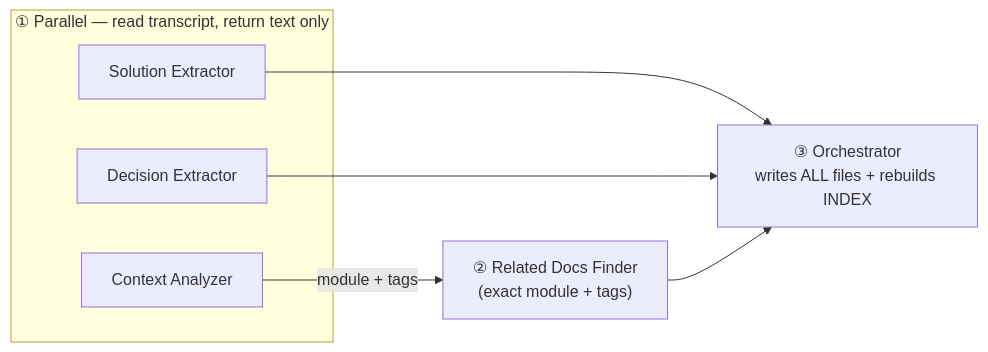
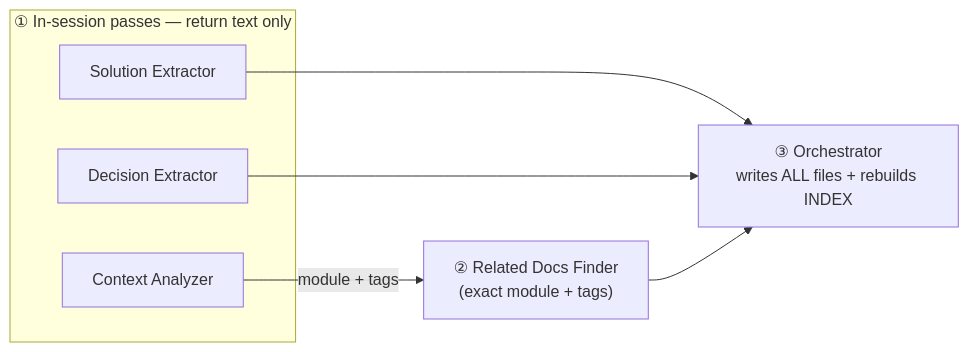
The first of 4 diagrams in skills/README.md (minhtran3124/agent-harness), drawn with Mermaid before and after one commit. The commit also changed other lines of this file and 30 other files, not shown here.

````diff
--- a/skills/README.md
+++ b/skills/README.md
@@ -242,12 +247,12 @@
 ```mermaid
 graph LR
-    subgraph W1["① Parallel — read transcript, return text only"]
+    subgraph W1["① In-session passes — return text only"]
         CA["Context Analyzer"]
         SE["Solution Extractor"]
         DE["Decision Extractor"]
     end
     CA -->|"module + tags"| RDF["② Related Docs Finder<br/>(exact module + tags)"]
     SE --> ORCH
     DE --> ORCH
     RDF --> ORCH["③ Orchestrator<br/>writes ALL files + rebuilds INDEX"]
 ```
````
